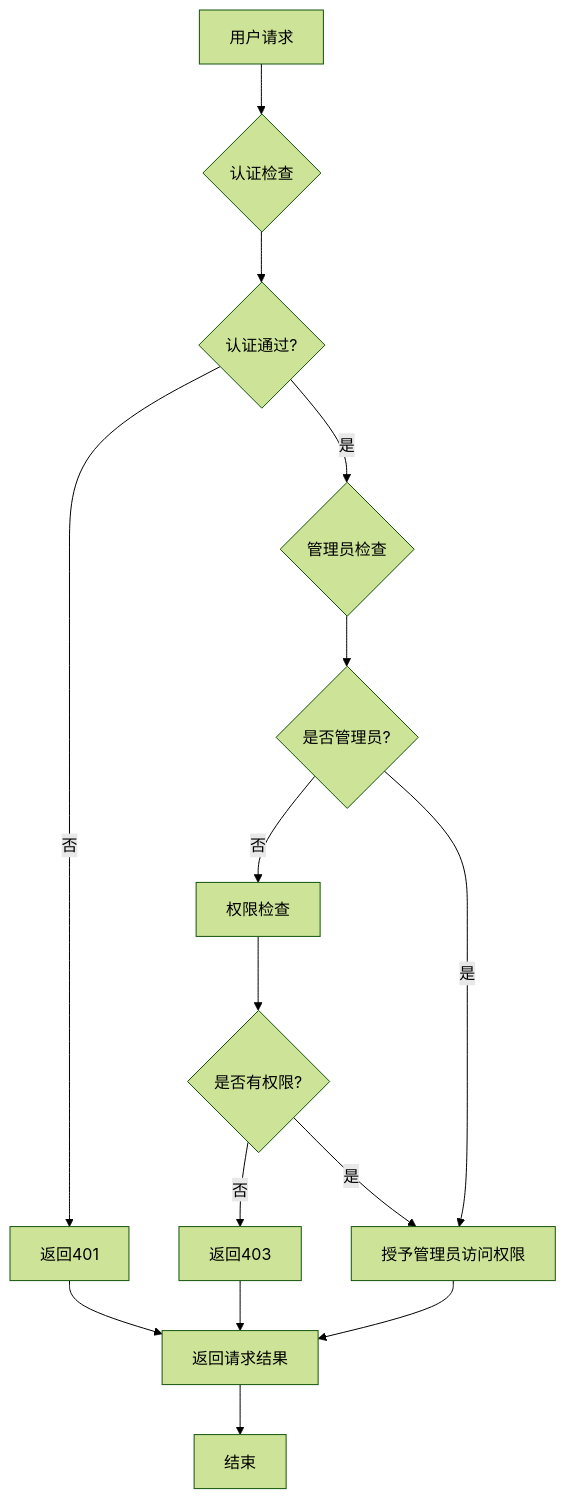
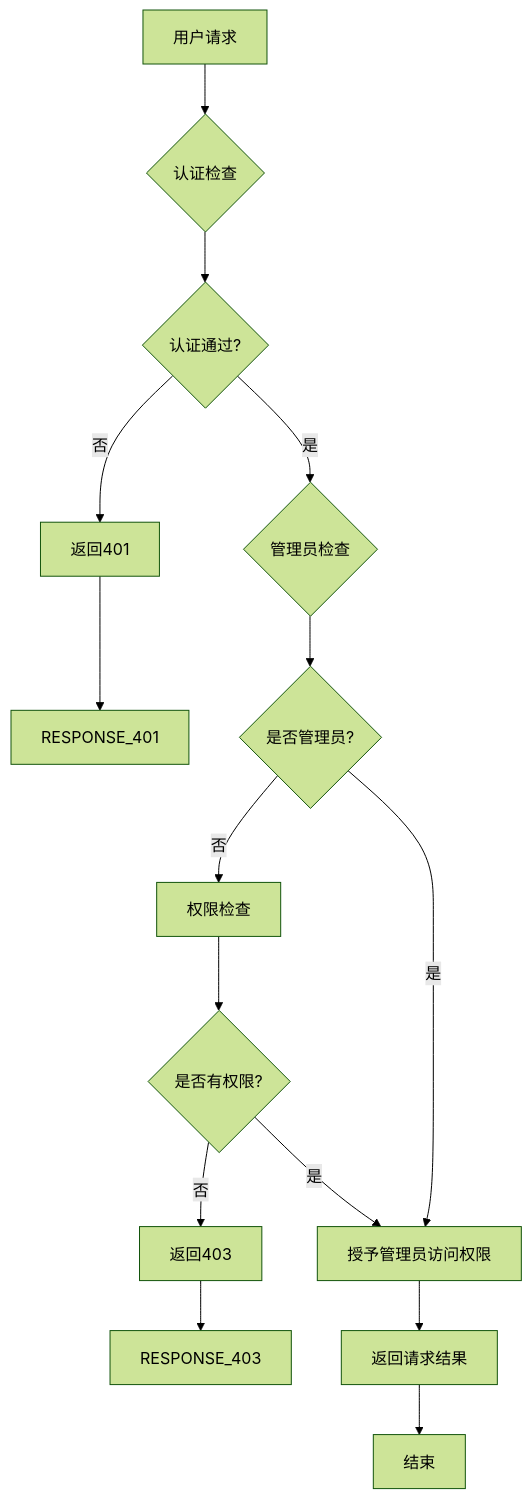
The sixth of 8 diagrams in .qoder/repowiki/zh/content/安全认证系统/安全认证系统.md (20164206160/zhishilu), drawn with Mermaid (forest theme) before and after one commit. The commit also changed other lines of this file and 16 other files, not shown here.

````diff
--- a/.qoder/repowiki/zh/content/安全认证系统/安全认证系统.md
+++ b/.qoder/repowiki/zh/content/安全认证系统/安全认证系统.md
@@ -452,17 +500,17 @@
 ```mermaid
 flowchart TD
 USER_REQUEST[用户请求] --> CHECK_AUTHENTICATION{认证检查}
 CHECK_AUTHENTICATION --> AUTHENTICATED{认证通过?}
 AUTHENTICATED --> |否| RETURN_UNAUTHORIZED[返回401]
 AUTHENTICATED --> |是| CHECK_ADMIN{管理员检查}
 CHECK_ADMIN --> IS_ADMIN{是否管理员?}
 IS_ADMIN --> |否| CHECK_PERMISSION[权限检查]
 IS_ADMIN --> |是| GRANT_ACCESS[授予管理员访问权限]
 CHECK_PERMISSION --> HAS_PERMISSION{是否有权限?}
 HAS_PERMISSION --> |否| RETURN_FORBIDDEN[返回403]
 HAS_PERMISSION --> |是| GRANT_ACCESS
-RETURN_UNAUTHORIZED --> RESPONSE
-RETURN_FORBIDDEN --> RESPONSE
+RETURN_UNAUTHORIZED --> RESPONSE_401
+RETURN_FORBIDDEN --> RESPONSE_403
 GRANT_ACCESS --> RESPONSE[返回请求结果]
 RESPONSE --> END[结束]
 ```
````
